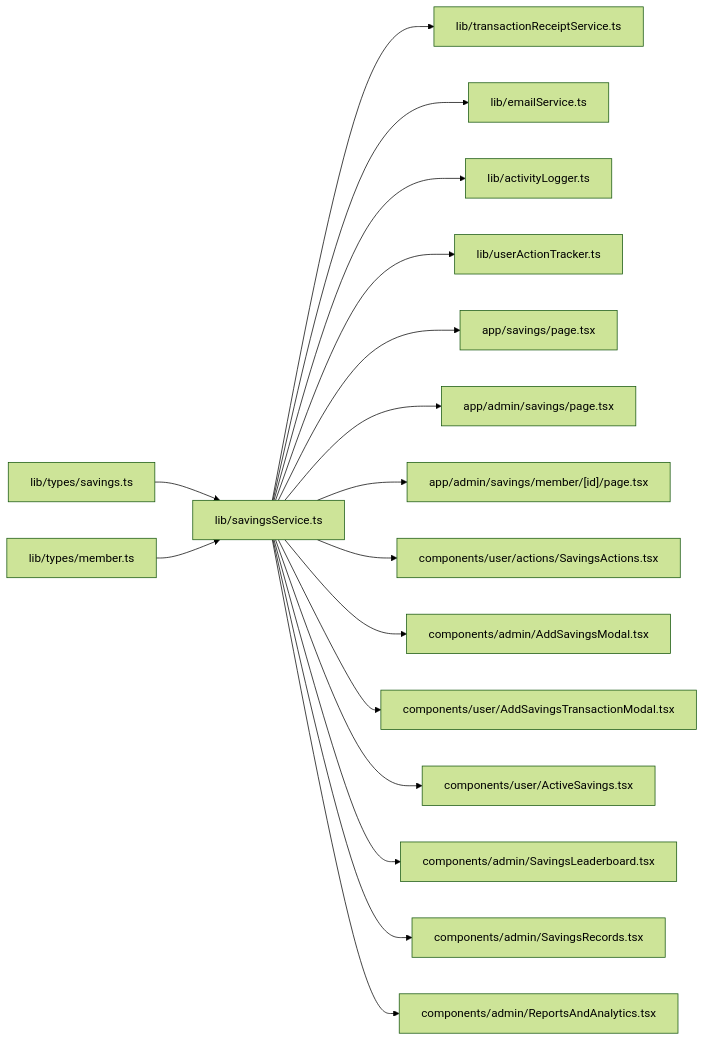
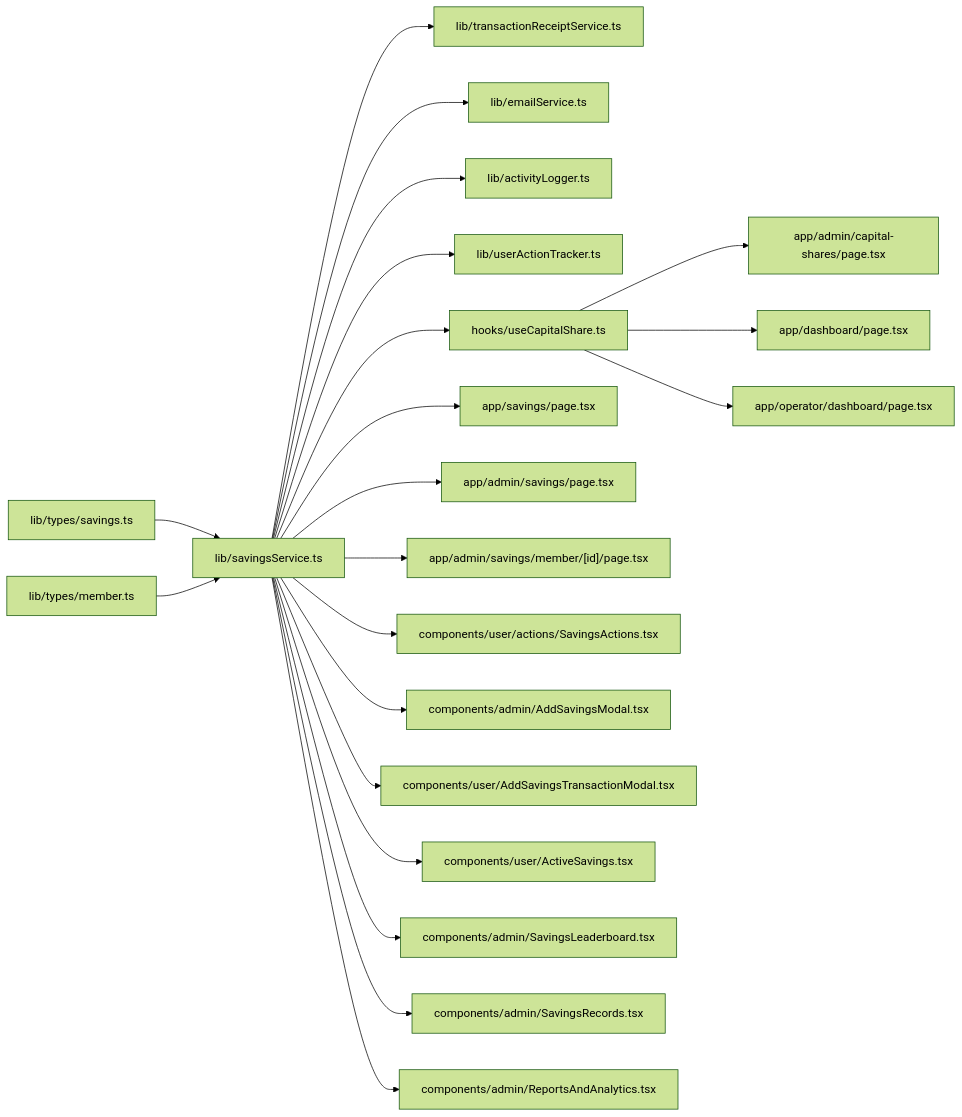
Before and after one commit to Unsure-bry/sampacoop_system: diagram 26 of 26 in .qoder/repowiki/en/content/Savings Management System/Savings Management System.md, drawn with Mermaid (forest theme). The commit also changed other lines of this file and 5 other files, not shown here.

````diff
--- a/.qoder/repowiki/en/content/Savings Management System/Savings Management System.md
+++ b/.qoder/repowiki/en/content/Savings Management System/Savings Management System.md
@@ -893,19 +1082,23 @@
 ```mermaid
 graph LR
 TS["lib/types/savings.ts"] --> SS["lib/savingsService.ts"]
 TM["lib/types/member.ts"] --> SS
 SS --> TRS["lib/transactionReceiptService.ts"]
 SS --> ES["lib/emailService.ts"]
 SS --> AL["lib/activityLogger.ts"]
 SS --> UAT["lib/userActionTracker.ts"]
+SS --> CS["hooks/useCapitalShare.ts"]
 SS --> UP["app/savings/page.tsx"]
 SS --> ADP["app/admin/savings/page.tsx"]
 SS --> MD["app/admin/savings/member/[id]/page.tsx"]
-SS --> UA["components/user/actions/SavingsActions.tsx"]
+SS --> UAS["components/user/actions/SavingsActions.tsx"]
 SS --> AM["components/admin/AddSavingsModal.tsx"]
 SS --> AT["components/user/AddSavingsTransactionModal.tsx"]
 SS --> AS["components/user/ActiveSavings.tsx"]
 SS --> LB["components/admin/SavingsLeaderboard.tsx"]
 SS --> SR["components/admin/SavingsRecords.tsx"]
 SS --> RA["components/admin/ReportsAndAnalytics.tsx"]
+CS --> CSP["app/admin/capital-shares/page.tsx"]
+CS --> DSH["app/dashboard/page.tsx"]
+CS --> ODSH["app/operator/dashboard/page.tsx"]
 ```
````
